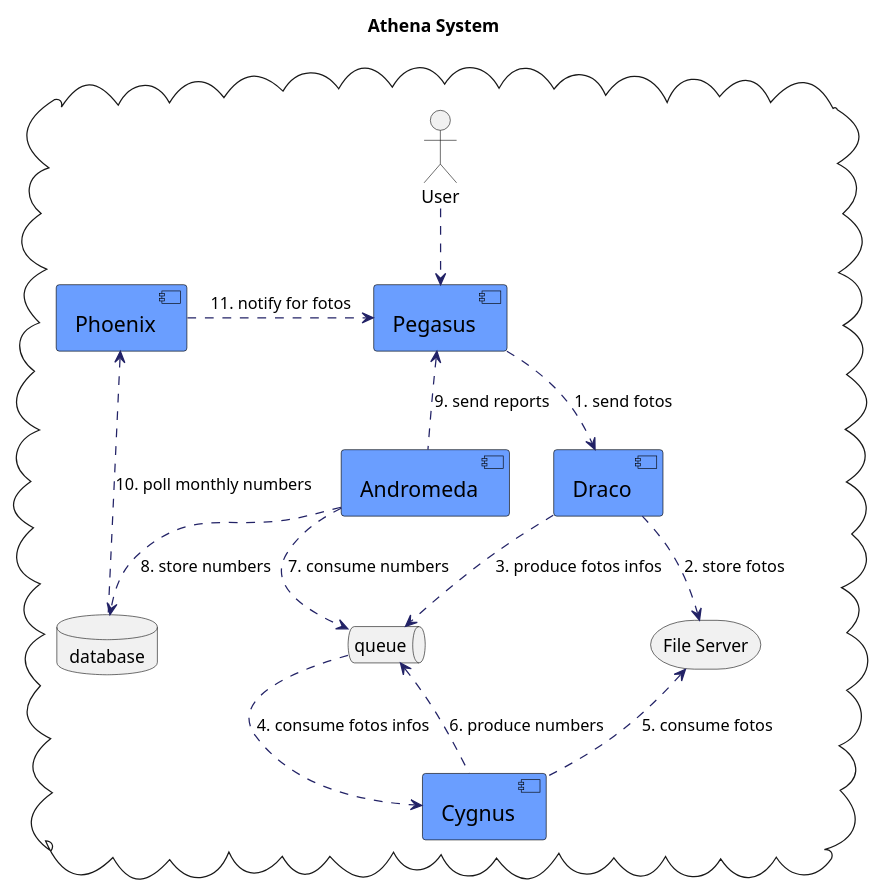
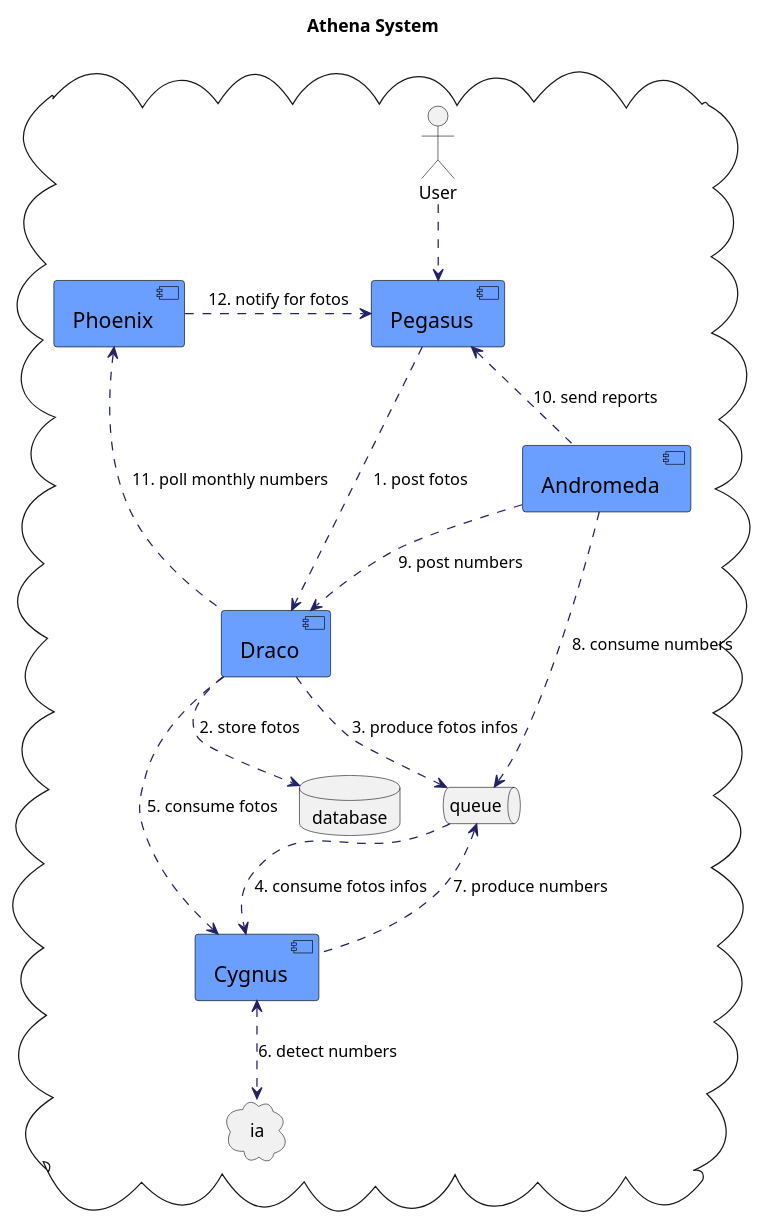
Before and after one commit to chesteric31/athema: the diagram in schema.puml, drawn with PlantUML.

Commit message:
update schema with ia, add getmapping in foto resource

```diff
--- a/schema.puml
+++ b/schema.puml
@@ -1,48 +1,48 @@
 @startuml
 
 skinparam component {
     FontColor          black
     AttributeFontColor black
     FontSize           17
     AttributeFontSize  15
     AttributeFontname  Droid Sans Mono
     BackgroundColor    #6A9EFF
     BorderColor        black
     ArrowColor         #222266
 }
 
 title "Athena System"
 skinparam componentStyle uml2
 
 cloud {
     actor "User" as user
     component "Pegasus" as pegasus
-    storage "File Server" as storage
     queue "queue" as queue
     component "Draco" as draco
     component "Cygnus" as cygnus
     component "Andromeda" as andromeda
     database "database" as database
     component "Phoenix" as phoenix
+    cloud "ia" as ia
 
     user .down.> pegasus
 
-    pegasus .down.> draco : 1. send fotos
+    pegasus .down.> draco : 1. post fotos
 
-    draco .down.> storage : 2. store fotos
+    draco .down.> database : 2. store fotos
     draco .down.> queue : 3. produce fotos infos
 
     cygnus <.up. queue : 4. consume fotos infos
-    cygnus .up.> storage : 5. consume fotos
-    cygnus .up.> queue : 6. produce numbers
+    cygnus <.up. draco : 5. consume fotos
+    cygnus <..> ia : 6. detect numbers
+    cygnus .up.> queue : 7. produce numbers
 
-    andromeda .down.> queue : 7. consume numbers
-    andromeda .down.> database : 8. store numbers
-    andromeda .up.> pegasus : 9. send reports
+    andromeda .down.> queue : 8. consume numbers
+    andromeda .down.> draco : 9. post numbers
+    andromeda .up.> pegasus : 10. send reports
 
-    database .up.> phoenix : 10. poll monthly numbers
-    phoenix .right.> pegasus : 11. notify for fotos
-
+    draco .up.> phoenix : 11. poll monthly numbers
+    phoenix .right.> pegasus : 12. notify for fotos
 }
 
 @enduml
```
